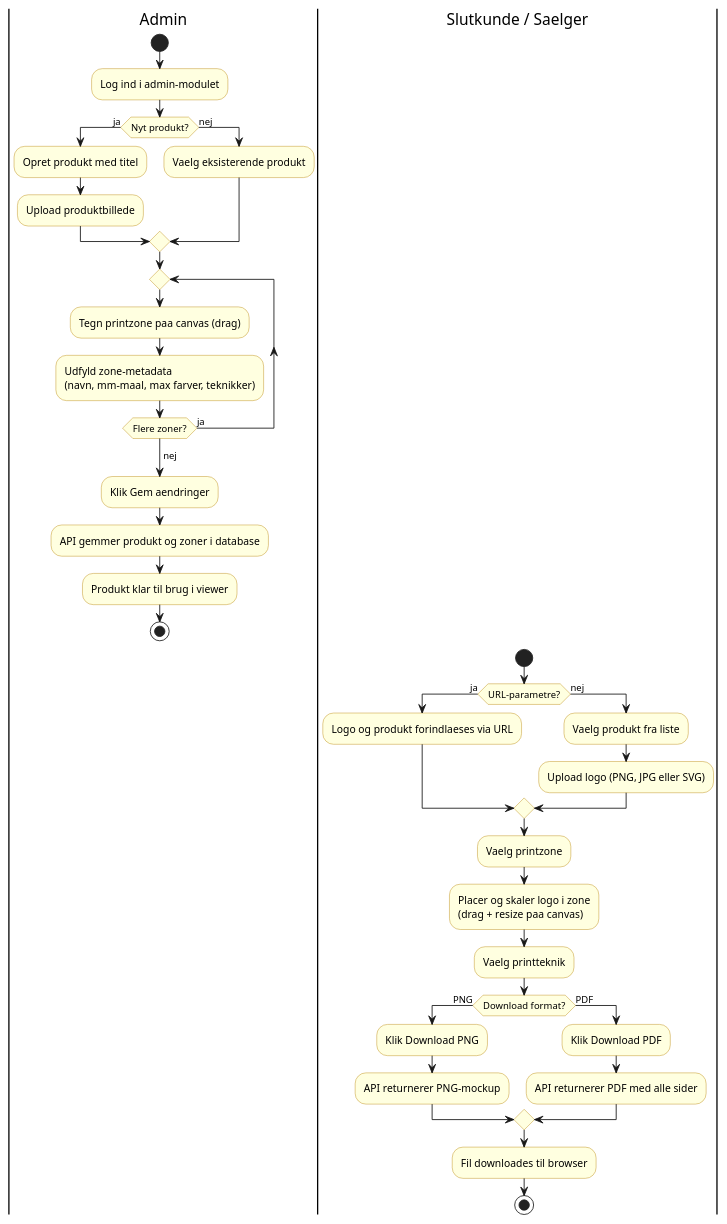
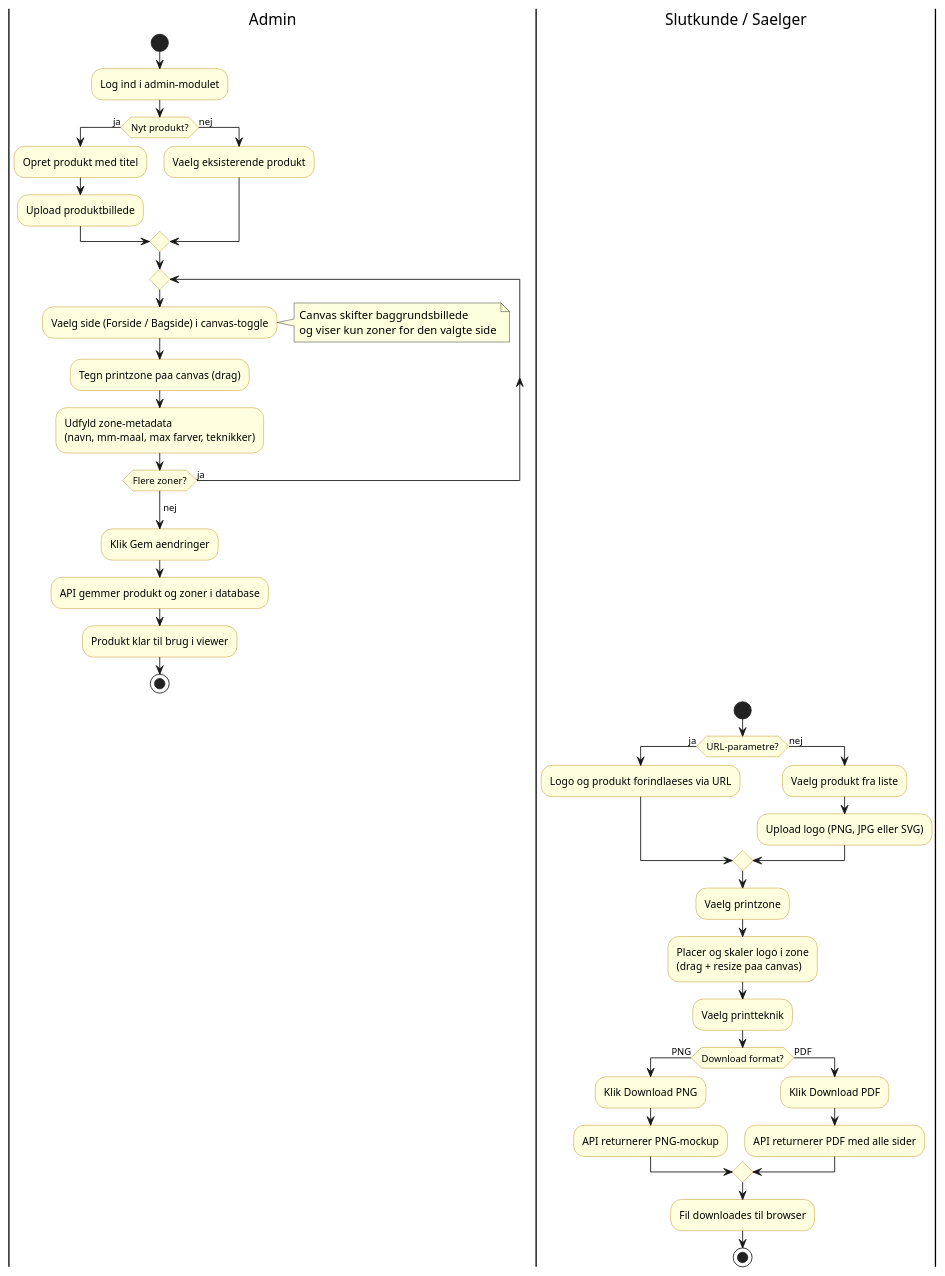
One commit to MikkelSandell/backend-bachelor-logo-visualiser changed the diagram in docs/activity/activity.md. Above: the diagram before and after it, drawn with PlantUML. The commit also changed 6 other files, not shown here.

````diff
--- a/docs/activity/activity.md
+++ b/docs/activity/activity.md
@@ -5,54 +5,56 @@
 ```plantuml
 @startuml
 
 skinparam backgroundColor white
 skinparam activityBackgroundColor LightYellow
 skinparam activityBorderColor DarkGoldenRod
 
 |Admin|
 start
 :Log ind i admin-modulet;
 if (Nyt produkt?) then (ja)
     :Opret produkt med titel;
     :Upload produktbillede;
 else (nej)
     :Vaelg eksisterende produkt;
 end if
 
 repeat
+    :Vaelg side (Forside / Bagside) i canvas-toggle;
+    note right: Canvas skifter baggrundsbillede\nog viser kun zoner for den valgte side
     :Tegn printzone paa canvas (drag);
     :Udfyld zone-metadata\n(navn, mm-maal, max farver, teknikker);
 repeat while (Flere zoner?) is (ja)
 ->nej;
 
 :Klik Gem aendringer;
 :API gemmer produkt og zoner i database;
 :Produkt klar til brug i viewer;
 stop
 
 |Slutkunde / Saelger|
 start
 if (URL-parametre?) then (ja)
     :Logo og produkt forindlaeses via URL;
 else (nej)
     :Vaelg produkt fra liste;
     :Upload logo (PNG, JPG eller SVG);
 end if
 
 :Vaelg printzone;
 :Placer og skaler logo i zone\n(drag + resize paa canvas);
 :Vaelg printteknik;
 
 if (Download format?) then (PNG)
     :Klik Download PNG;
     :API returnerer PNG-mockup;
 else (PDF)
     :Klik Download PDF;
     :API returnerer PDF med alle sider;
 end if
 
 :Fil downloades til browser;
 stop
 
 @enduml
 ```
````
